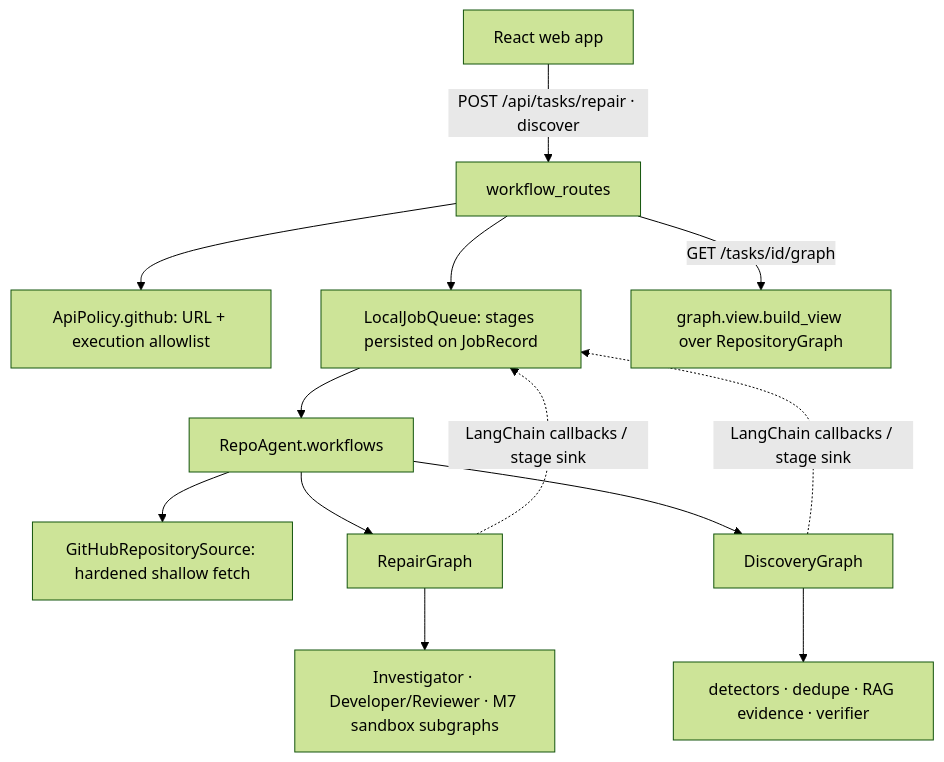
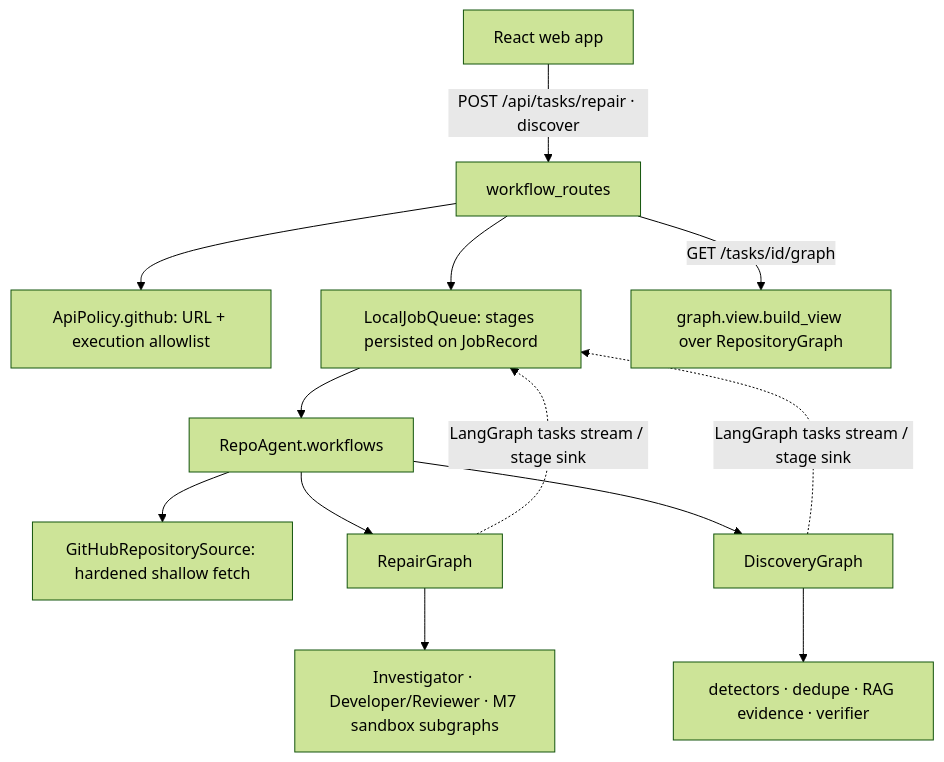
Before and after one commit to Moaawiyah/repoAgent: the ninth of 9 diagrams in docs/architecture.md, drawn with Mermaid (forest theme). The commit also changed other lines of this file and 25 other files, not shown here.

First line of the commit message:
refactor: drop LangChain and bound all LangGraph runs with typed step limits

````diff
--- a/docs/architecture.md
+++ b/docs/architecture.md
@@ -446,12 +446,12 @@
 ```mermaid
 flowchart TD
   UI[React web app] -->|POST /api/tasks/repair · discover| Routes[workflow_routes]
   Routes --> Policy[ApiPolicy.github: URL + execution allowlist]
   Routes --> Queue[LocalJobQueue: stages persisted on JobRecord]
   Queue --> SDK[RepoAgent.workflows]
   SDK --> Source[GitHubRepositorySource: hardened shallow fetch]
   SDK --> RG[RepairGraph] --> Sub[Investigator · Developer/Reviewer · M7 sandbox subgraphs]
   SDK --> DG[DiscoveryGraph] --> Audit[detectors · dedupe · RAG evidence · verifier]
-  RG & DG -.LangChain callbacks / stage sink.-> Queue
+  RG & DG -.LangGraph tasks stream / stage sink.-> Queue
   Routes -->|GET /tasks/id/graph| View[graph.view.build_view over RepositoryGraph]
 ```
````
